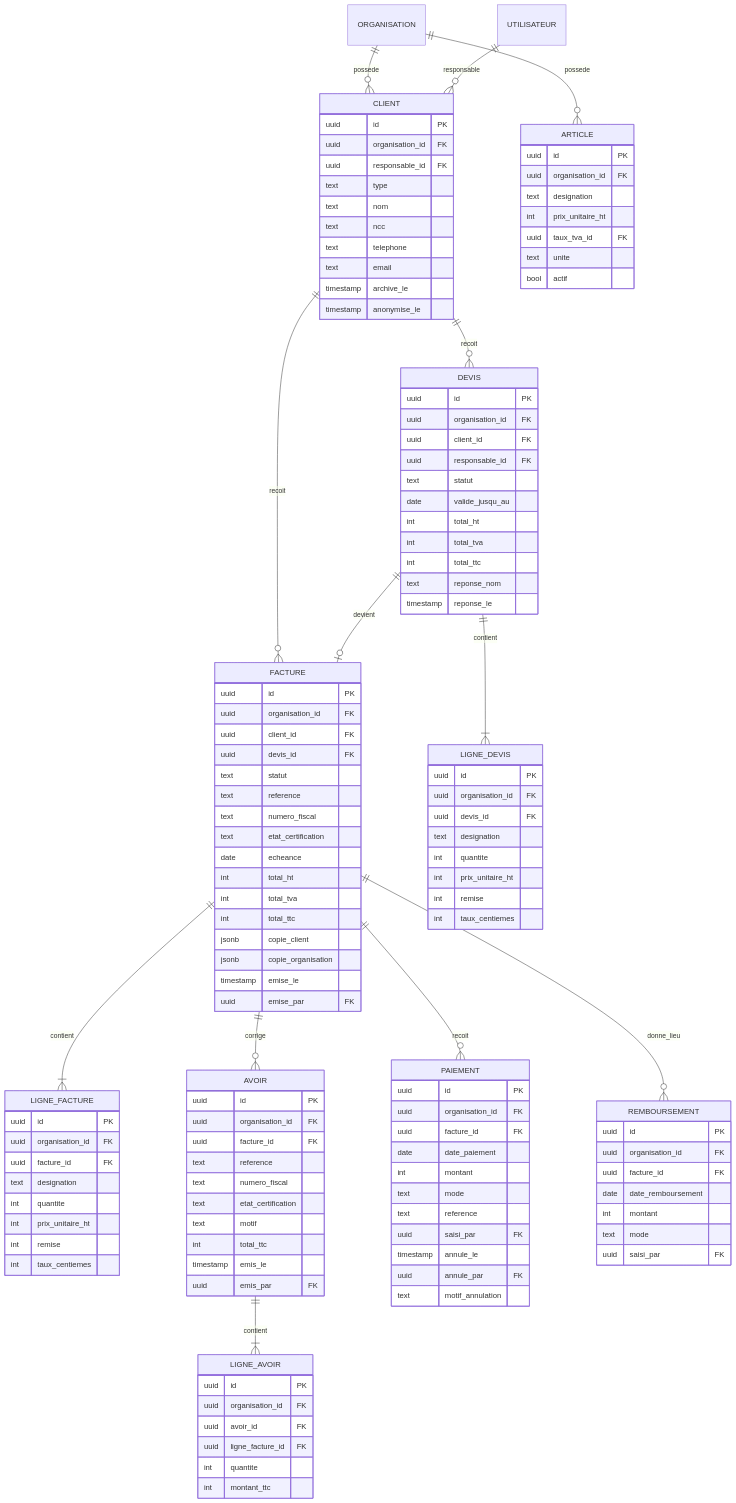
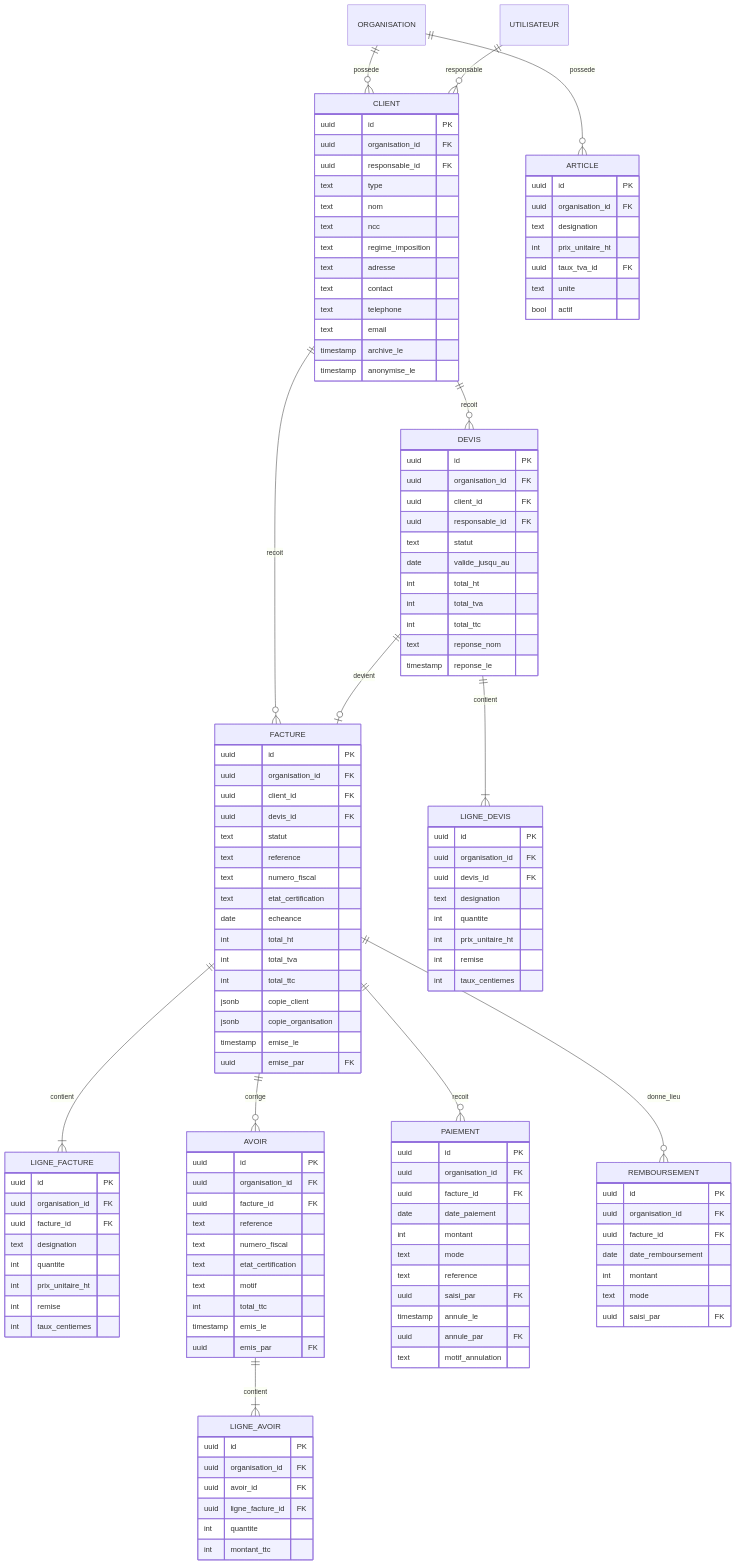
The third of 10 diagrams in docs/DESIGN.md (GnonhouaN01/facturation-pme), drawn with Mermaid before and after one commit. The commit also changed 3 other files, not shown here.

```diff
--- a/docs/DESIGN.md
+++ b/docs/DESIGN.md
@@ -218,6 +218,9 @@
         text type
         text nom
         text ncc
+        text regime_imposition
+        text adresse
+        text contact
         text telephone
         text email
         timestamp archive_le
```
